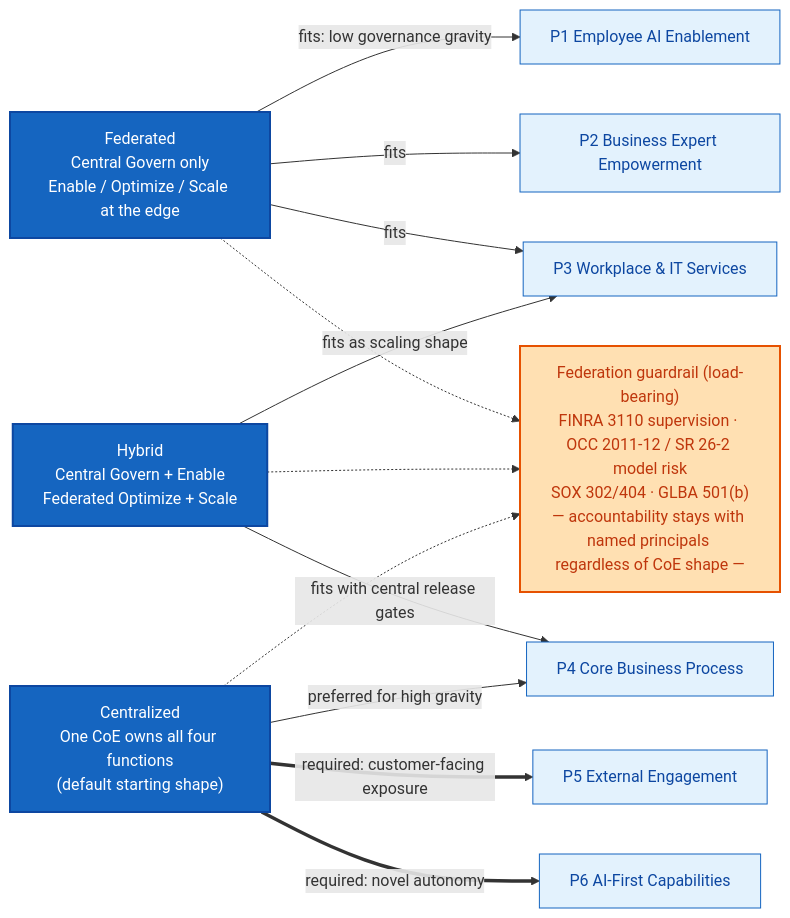
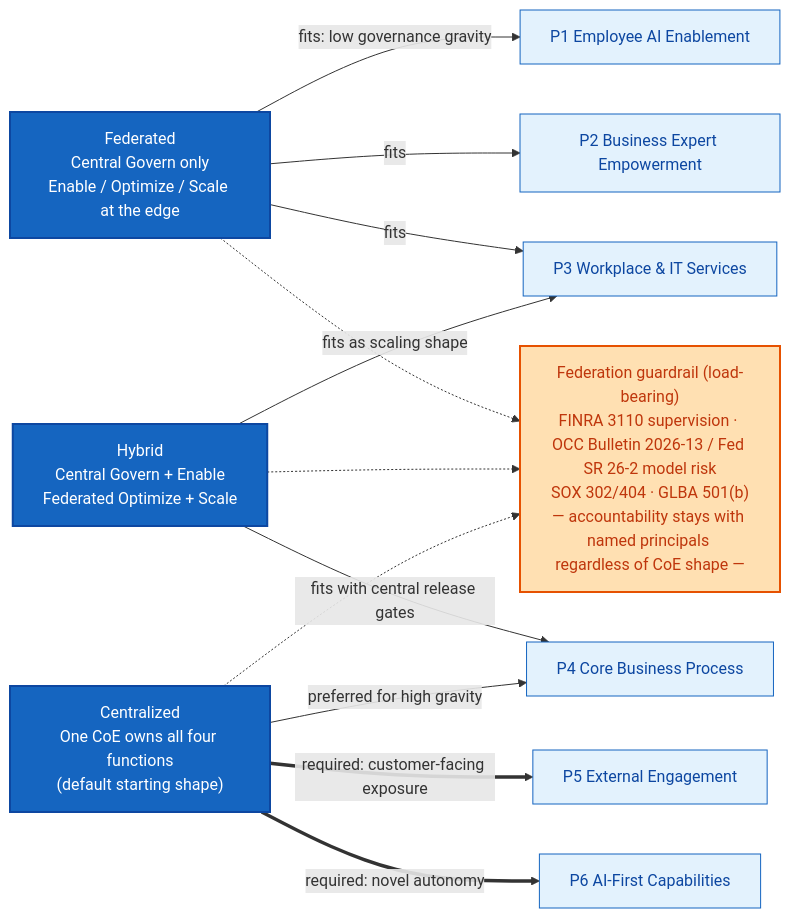
One commit to judeper/FSI-AgentGov changed the first of 2 diagrams in docs/framework/agentic-coe.md. Above: the diagram before and after it, drawn with Mermaid. The commit also changed other lines of this file and 317 other files, not shown here.

````diff
--- a/docs/framework/agentic-coe.md
+++ b/docs/framework/agentic-coe.md
@@ -124,34 +124,34 @@
 ```mermaid
 flowchart LR
     classDef shape fill:#1565c0,stroke:#0d47a1,color:#fff,stroke-width:2px
     classDef pattern fill:#e3f2fd,stroke:#1565c0,color:#0d47a1
     classDef guardrail fill:#ffe0b2,stroke:#e65100,color:#bf360c,stroke-width:2px
 
     F["Federated<br/>Central Govern only<br/>Enable / Optimize / Scale at the edge"]:::shape
     H["Hybrid<br/>Central Govern + Enable<br/>Federated Optimize + Scale"]:::shape
     C["Centralized<br/>One CoE owns all four functions<br/>(default starting shape)"]:::shape
 
     P1["P1 Employee AI Enablement"]:::pattern
     P2["P2 Business Expert Empowerment"]:::pattern
     P3["P3 Workplace & IT Services"]:::pattern
     P4["P4 Core Business Process"]:::pattern
     P5["P5 External Engagement"]:::pattern
     P6["P6 AI-First Capabilities"]:::pattern
 
     F -->|fits: low governance gravity| P1
     F -->|fits| P2
     F -->|fits| P3
 
     H -->|fits as scaling shape| P3
     H -->|fits with central release gates| P4
 
     C -->|preferred for high gravity| P4
     C ==>|required: customer-facing exposure| P5
     C ==>|required: novel autonomy| P6
 
-    GR["Federation guardrail (load-bearing)<br/>FINRA 3110 supervision · OCC 2011-12 / SR 26-2 model risk<br/>SOX 302/404 · GLBA 501(b)<br/>— accountability stays with named principals regardless of CoE shape —"]:::guardrail
+    GR["Federation guardrail (load-bearing)<br/>FINRA 3110 supervision · OCC Bulletin 2026-13 / Fed SR 26-2 model risk<br/>SOX 302/404 · GLBA 501(b)<br/>— accountability stays with named principals regardless of CoE shape —"]:::guardrail
 
     F -.-> GR
     H -.-> GR
     C -.-> GR
 ```
````
